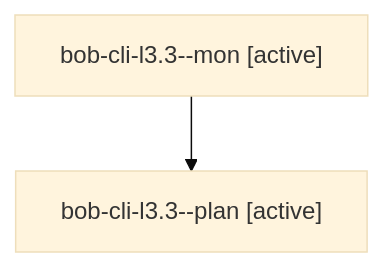
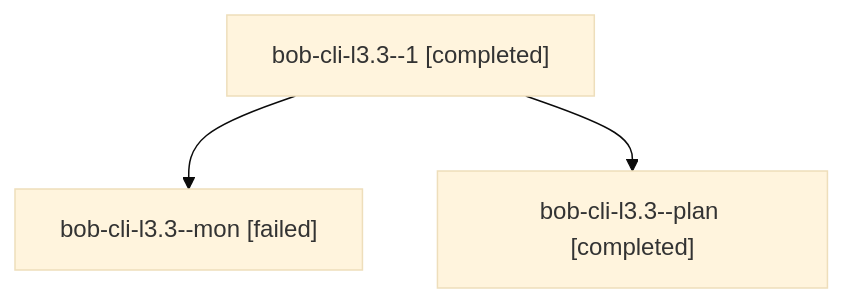
One commit to bobs-org/bob-cli--agents changed the diagram in sessions/bbugyi200.apollo.bob-cli-l3.3.md. Above: the diagram before and after it, drawn with Mermaid (base theme). The commit also changed other lines of this file and 46 other files, not shown here.

````diff
--- a/sessions/bbugyi200.apollo.bob-cli-l3.3.md
+++ b/sessions/bbugyi200.apollo.bob-cli-l3.3.md
@@ -9,6 +9,8 @@
 ```mermaid
 flowchart TD
-  n0["bob-cli-l3.3--mon [active]"]
-  n1["bob-cli-l3.3--plan [active]"]
+  n0["bob-cli-l3.3--1 [completed]"]
+  n1["bob-cli-l3.3--mon [failed]"]
   n0 --> n1
+  n2["bob-cli-l3.3--plan [completed]"]
+  n0 --> n2
 ```
````
